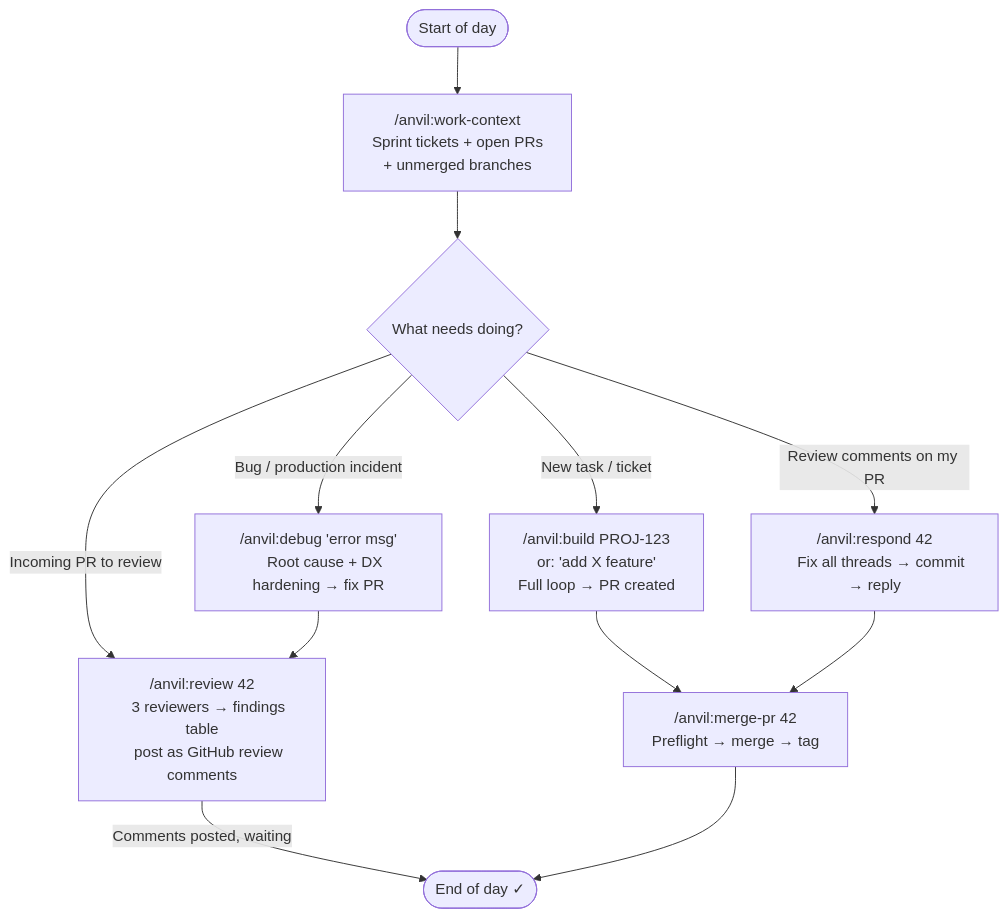
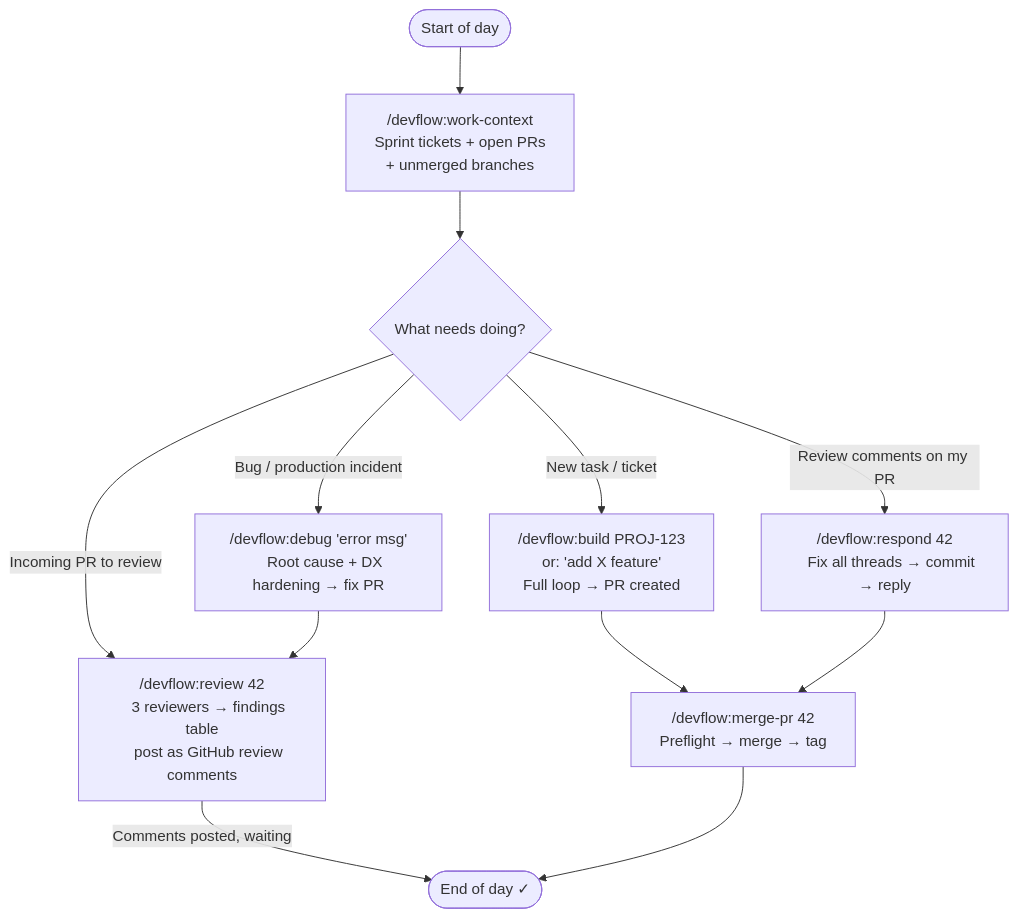
Before and after one commit to wasikarn/dev-loop: the first of 3 diagrams in README.md, drawn with Mermaid. The commit also changed other lines of this file and 77 other files, not shown here.

Commit message:
refactor: rename anvil to devflow across all content

````diff
--- a/README.md
+++ b/README.md
@@ -198,40 +198,40 @@
 ```mermaid
 flowchart TD
     MORNING([Start of day]) --> WC
 
-    WC["/anvil:work-context
+    WC["/devflow:work-context
     Sprint tickets + open PRs
     + unmerged branches"]
 
     WC --> DECISION{What needs doing?}
 
     DECISION -->|New task / ticket| BUILD
     DECISION -->|Incoming PR to review| REVIEW
     DECISION -->|Review comments on my PR| RESPOND
     DECISION -->|Bug / production incident| DEBUG
 
-    BUILD["/anvil:build PROJ-123
+    BUILD["/devflow:build PROJ-123
     or: 'add X feature'
     Full loop → PR created"]
 
-    REVIEW["/anvil:review 42
+    REVIEW["/devflow:review 42
     3 reviewers → findings table
     post as GitHub review comments"]
 
-    RESPOND["/anvil:respond 42
+    RESPOND["/devflow:respond 42
     Fix all threads → commit → reply"]
 
-    DEBUG["/anvil:debug 'error msg'
+    DEBUG["/devflow:debug 'error msg'
     Root cause + DX hardening → fix PR"]
 
     BUILD --> MERGE
     RESPOND --> MERGE
     DEBUG --> REVIEW
 
     REVIEW -->|Comments posted, waiting| EOD
 
-    MERGE["/anvil:merge-pr 42
+    MERGE["/devflow:merge-pr 42
     Preflight → merge → tag"]
 
     MERGE --> EOD([End of day ✓])
 ```
````
